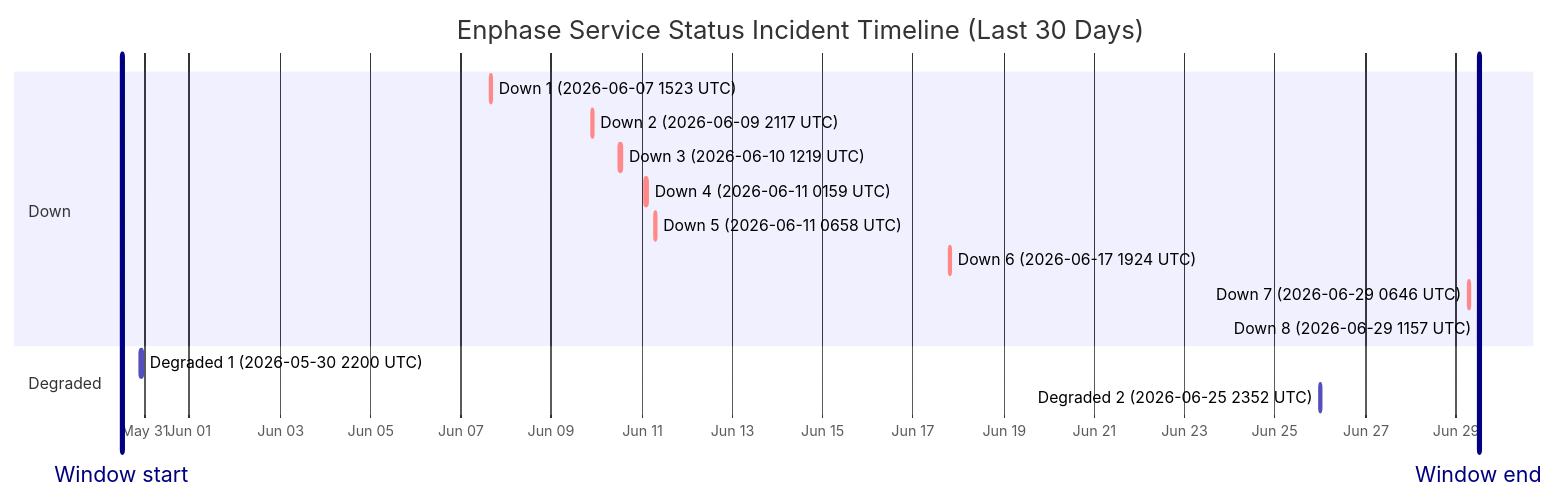
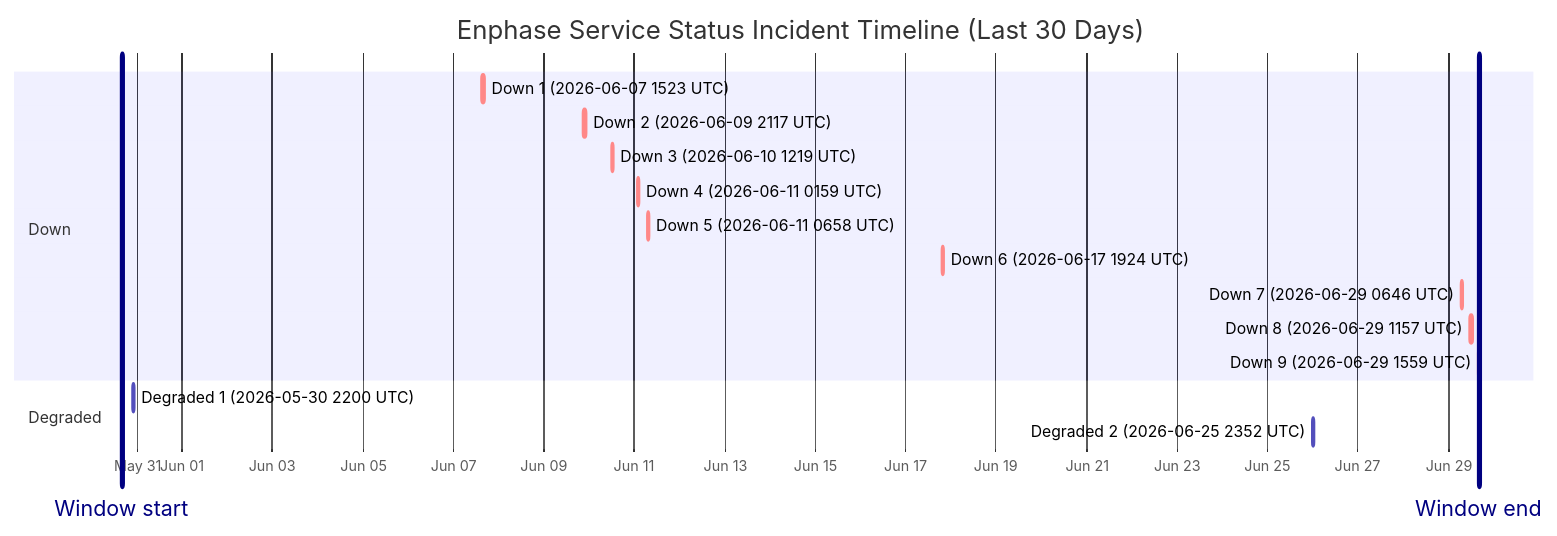
Before and after one commit to barneyonline/ha-enphase-energy: the diagram in wiki/Service-Status-History.md, drawn with Mermaid. The commit also changed other lines of this file and 3 other files, not shown here.

````diff
--- a/wiki/Service-Status-History.md
+++ b/wiki/Service-Status-History.md
@@ -14,20 +14,21 @@
 ```mermaid
 gantt
     title Enphase Service Status Incident Timeline (Last 30 Days)
     dateFormat  YYYY-MM-DDTHH:mm:ss
     axisFormat  %b %d
-    Window start :vert, window-start, 2026-05-30T11:57:36, 0ms
-    Window end :vert, window-end, 2026-06-29T11:57:36, 0ms
+    Window start :vert, window-start, 2026-05-30T15:59:02, 0ms
+    Window end :vert, window-end, 2026-06-29T15:59:02, 0ms
     section Down
     Down 1 (2026-06-07 1523 UTC) :crit, down-1, 2026-06-07T15:23:22, 87m
     Down 2 (2026-06-09 2117 UTC) :crit, down-2, 2026-06-09T21:17:17, 60m
     Down 3 (2026-06-10 1219 UTC) :crit, down-3, 2026-06-10T12:19:21, 60m
     Down 4 (2026-06-11 0159 UTC) :crit, down-4, 2026-06-11T01:59:36, 60m
     Down 5 (2026-06-11 0658 UTC) :crit, down-5, 2026-06-11T06:58:45, 60m
     Down 6 (2026-06-17 1924 UTC) :crit, down-6, 2026-06-17T19:24:51, 60m
     Down 7 (2026-06-29 0646 UTC) :crit, down-7, 2026-06-29T06:46:18, 60m
     Down 8 (2026-06-29 1157 UTC) :crit, down-8, 2026-06-29T11:57:36, 60m
+    Down 9 (2026-06-29 1559 UTC) :crit, down-9, 2026-06-29T15:59:02, 60m
     section Degraded
     Degraded 1 (2026-05-30 2200 UTC) :active, degraded-1, 2026-05-30T22:00:37, 60m
     Degraded 2 (2026-06-25 2352 UTC) :active, degraded-2, 2026-06-25T23:52:01, 60m
 ```
````
